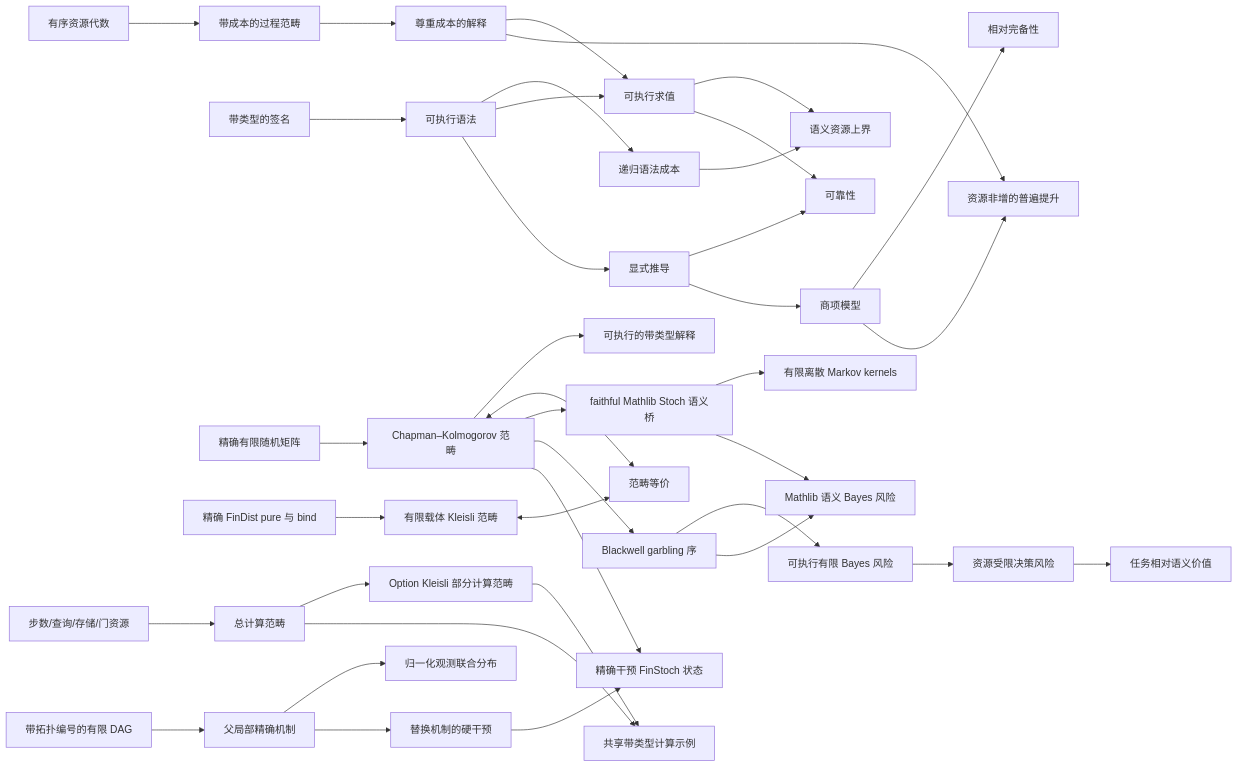
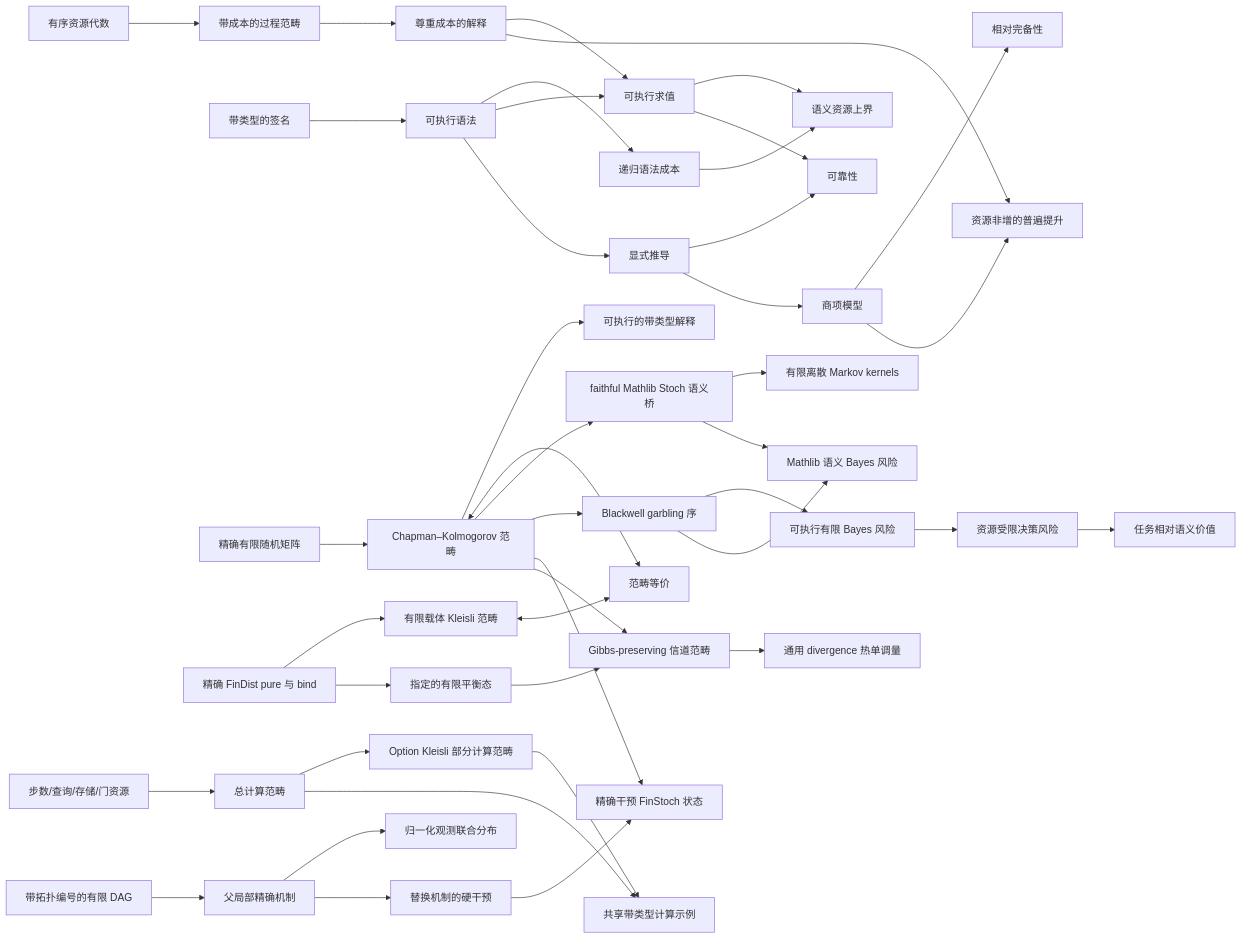
The diagram in docs/README.zh-CN.md (miuchan/ript), drawn with Mermaid before and after one commit. The commit also changed other lines of this file and 13 other files, not shown here.

````diff
--- a/docs/README.zh-CN.md
+++ b/docs/README.zh-CN.md
@@ -360,40 +389,44 @@
 ```mermaid
 flowchart LR
   R["有序资源代数"] --> C["带成本的过程范畴"]
   S["带类型的签名"] --> X["可执行语法"]
   X --> K["递归语法成本"]
   C --> I["尊重成本的解释"]
   X --> E["可执行求值"]
   I --> E
   K --> B["语义资源上界"]
   E --> B
   X --> D["显式推导"]
   D --> SO["可靠性"]
   E --> SO
   D --> T["商项模型"]
   T --> CO["相对完备性"]
   I --> U["资源非增的普遍提升"]
   T --> U
   F["精确有限随机矩阵"] --> CK["Chapman–Kolmogorov 范畴"]
   CK --> EX["可执行的带类型解释"]
   FD["精确 FinDist pure 与 bind"] --> KL["有限载体 Kleisli 范畴"]
   CK <--> EQ["范畴等价"]
   KL <--> EQ
   CK --> ST["faithful Mathlib Stoch 语义桥"]
   ST --> MT["有限离散 Markov kernels"]
   CK --> BW["Blackwell garbling 序"]
   ST --> SB["Mathlib 语义 Bayes 风险"]
   BW --> FR["可执行有限 Bayes 风险"]
   FR --> RR["资源受限决策风险"]
   RR --> SV["任务相对语义价值"]
   BW --> SB
   CR["步数/查询/存储/门资源"] --> TC["总计算范畴"]
   TC --> PC["Option Kleisli 部分计算范畴"]
   TC --> CE["共享带类型计算示例"]
   PC --> CE
   DAG["带拓扑编号的有限 DAG"] --> CM["父局部精确机制"]
   CM --> OJ["归一化观测联合分布"]
   CM --> DO["替换机制的硬干预"]
   DO --> IS["精确干预 FinStoch 状态"]
   CK --> IS
+  FD --> TE["指定的有限平衡态"]
+  CK --> GP["Gibbs-preserving 信道范畴"]
+  TE --> GP
+  GP --> TM["通用 divergence 热单调量"]
 ```
````
